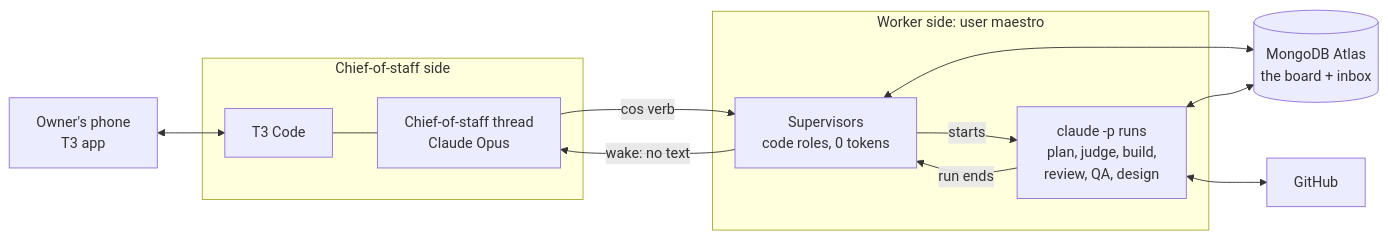
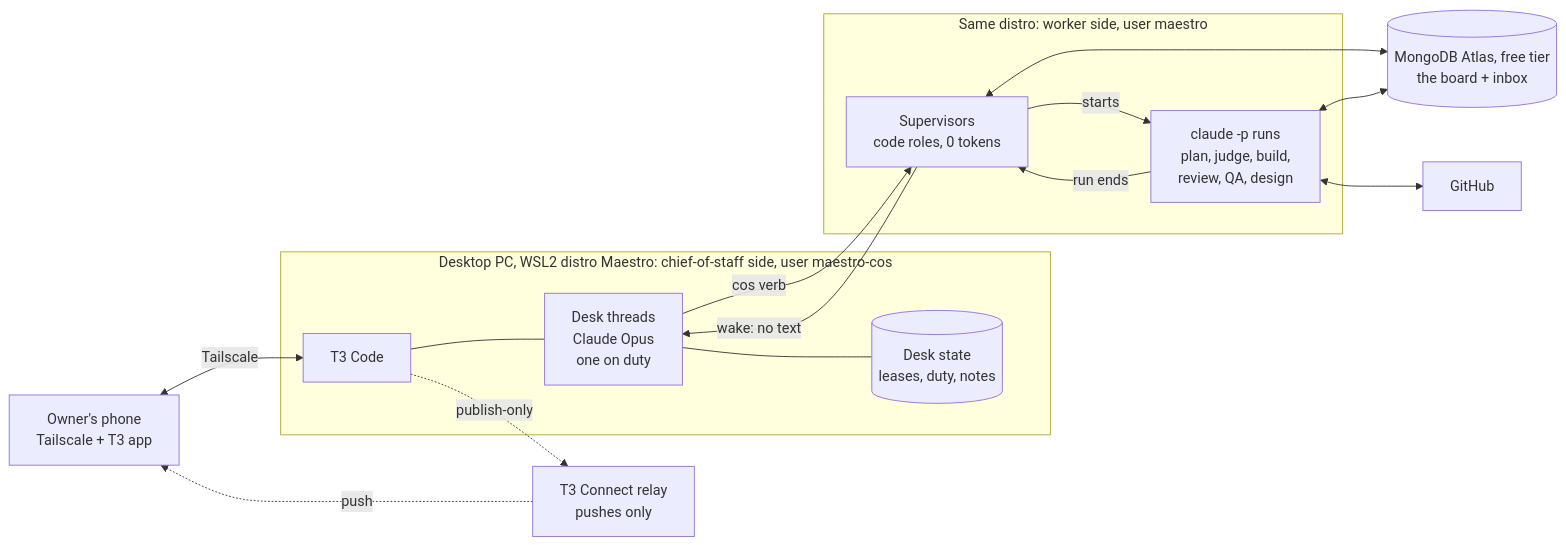
One commit to ProlesDei/maestro changed the first of 7 diagrams in docs/design/t3-runtime.md. Above: the diagram before and after it, drawn with Mermaid. The commit also changed other lines of this file, not shown here.

Commit message:
docs: t3-runtime v6, desktop + T3 Connect, owner's answers folded in

````diff
--- a/docs/design/t3-runtime.md
+++ b/docs/design/t3-runtime.md
@@ -14,22 +18,28 @@
 ```mermaid
 flowchart LR
-  OWNER["Owner's phone<br/>T3 app"]
-  subgraph COSSIDE["Chief-of-staff side"]
+  OWNER["Owner's phone<br/>Tailscale + T3 app"]
+  RELAY["T3 Connect relay<br/>pushes only"]
+  subgraph COSSIDE["Desktop PC, WSL2 distro Maestro: chief-of-staff side, user maestro-cos"]
     T3["T3 Code"]
-    COS["Chief-of-staff thread<br/>Claude Opus"]
+    DESKS["Desk threads<br/>Claude Opus<br/>one on duty"]
+    DSTATE[("Desk state<br/>leases, duty, notes")]
   end
-  subgraph WORKSIDE["Worker side: user maestro"]
+  subgraph WORKSIDE["Same distro: worker side, user maestro"]
     SUP["Supervisors<br/>code roles, 0 tokens"]
     RUNS["claude -p runs<br/>plan, judge, build,<br/>review, QA, design"]
   end
-  DB[("MongoDB Atlas<br/>the board + inbox")]
+  DB[("MongoDB Atlas, free tier<br/>the board + inbox")]
   GH["GitHub"]
-  OWNER <--> T3 --- COS
-  SUP -->|"wake: no text"| COS
-  COS -->|"cos verb"| SUP
+  OWNER <-->|"Tailscale"| T3
+  T3 --- DESKS
+  T3 -.->|"publish-only"| RELAY
+  RELAY -.->|"push"| OWNER
+  DESKS --- DSTATE
+  SUP -->|"wake: no text"| DESKS
+  DESKS -->|"cos verb"| SUP
   SUP -->|"starts"| RUNS
   RUNS -->|"run ends"| SUP
   SUP <--> DB
   RUNS <--> DB
   RUNS <--> GH
 ```
````
